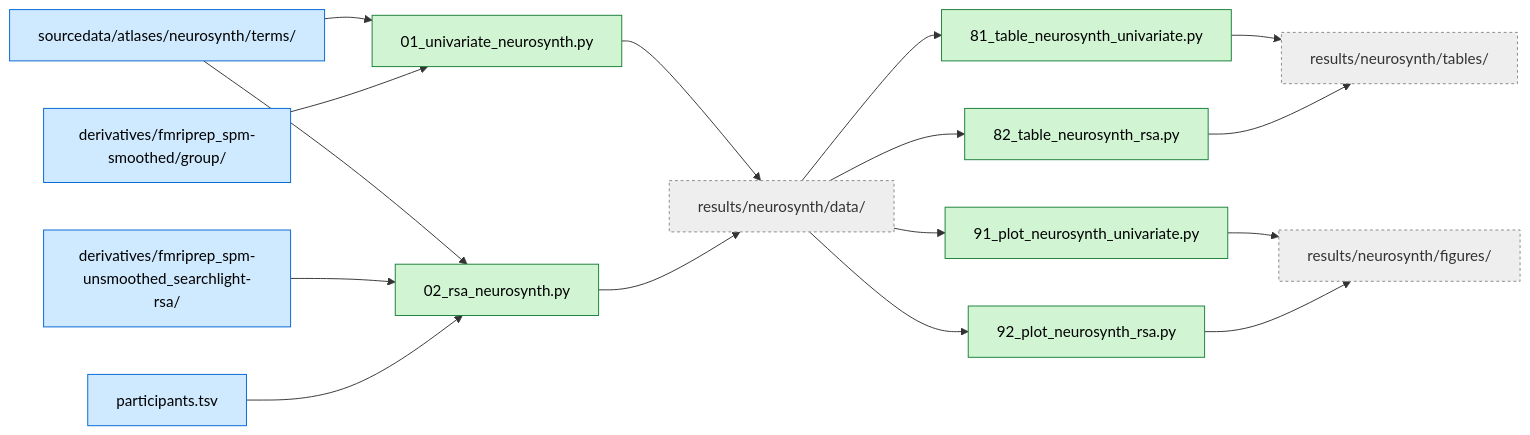
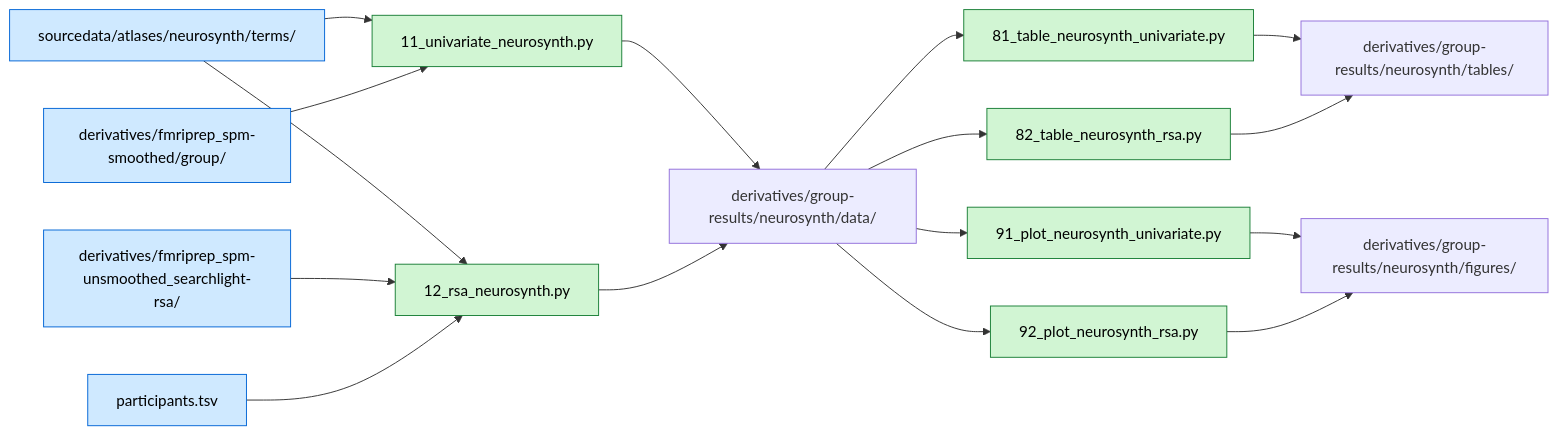
One commit to costantinoai/chess-expertise-2025 changed the diagram in chess-neurosynth/README.md. Above: the diagram before and after it, drawn with Mermaid. The commit also changed other lines of this file and 59 other files, not shown here.

````diff
--- a/chess-neurosynth/README.md
+++ b/chess-neurosynth/README.md
@@ -15,35 +15,34 @@
 ```mermaid
 flowchart LR
-  classDef in fill:#cfe9ff,stroke:#0366d6,color:#000
-  classDef sc fill:#d1f5d3,stroke:#1a7f37,color:#000
-  classDef rl fill:#eee,stroke:#888,stroke-dasharray:3 3,color:#333
+ classDef in fill:#cfe9ff,stroke:#0366d6,color:#000
+ classDef sc fill:#d1f5d3,stroke:#1a7f37,color:#000
 
-  PT[participants.tsv]:::in
-  ATLNS["sourcedata/atlases/neurosynth/terms/"]:::in
-  GLMS_GRP["derivatives/fmriprep_spm-smoothed/group/"]:::in
-  SLR[derivatives/fmriprep_spm-unsmoothed_searchlight-rsa/]:::in
+ PT[participants.tsv]:::in
+ ATLNS["sourcedata/atlases/neurosynth/terms/"]:::in
+ GLMS_GRP["derivatives/fmriprep_spm-smoothed/group/"]:::in
+ SLR[derivatives/fmriprep_spm-unsmoothed_searchlight-rsa/]:::in
 
-  N01["01_univariate_neurosynth.py"]:::sc
-  N02["02_rsa_neurosynth.py"]:::sc
-  N81["81_table_neurosynth_univariate.py"]:::sc
-  N82["82_table_neurosynth_rsa.py"]:::sc
-  N91["91_plot_neurosynth_univariate.py"]:::sc
-  N92["92_plot_neurosynth_rsa.py"]:::sc
-  DATA["results/neurosynth/data/"]:::rl
-  TABLES["results/neurosynth/tables/"]:::rl
-  FIGURES["results/neurosynth/figures/"]:::rl
+ N11["11_univariate_neurosynth.py"]:::sc
+ N12["12_rsa_neurosynth.py"]:::sc
+ N81["81_table_neurosynth_univariate.py"]:::sc
+ N82["82_table_neurosynth_rsa.py"]:::sc
+ N91["91_plot_neurosynth_univariate.py"]:::sc
+ N92["92_plot_neurosynth_rsa.py"]:::sc
+ DATA["derivatives/group-results/neurosynth/data/"]:::out
+ TABLES["derivatives/group-results/neurosynth/tables/"]:::out
+ FIGURES["derivatives/group-results/neurosynth/figures/"]:::out
 
-  ATLNS --> N01
-  GLMS_GRP --> N01
-  N01 --> DATA
+ ATLNS --> N11
+ GLMS_GRP --> N11
+ N11 --> DATA
 
-  ATLNS --> N02
-  SLR --> N02
-  PT --> N02
-  N02 --> DATA
+ ATLNS --> N12
+ SLR --> N12
+ PT --> N12
+ N12 --> DATA
 
-  DATA --> N81 --> TABLES
-  DATA --> N82 --> TABLES
-  DATA --> N91 --> FIGURES
-  DATA --> N92 --> FIGURES
+ DATA --> N81 --> TABLES
+ DATA --> N82 --> TABLES
+ DATA --> N91 --> FIGURES
+ DATA --> N92 --> FIGURES
 ```
````
